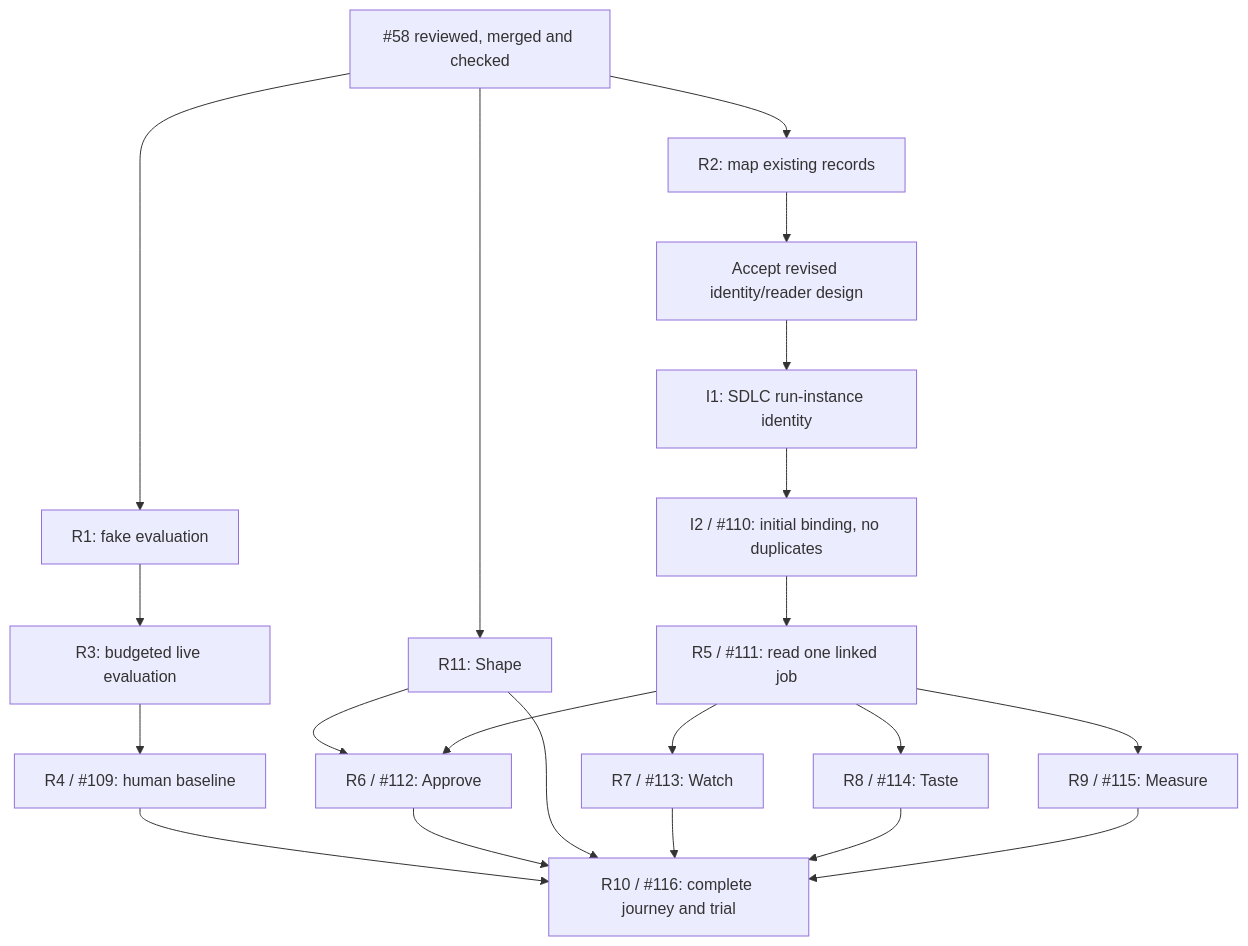
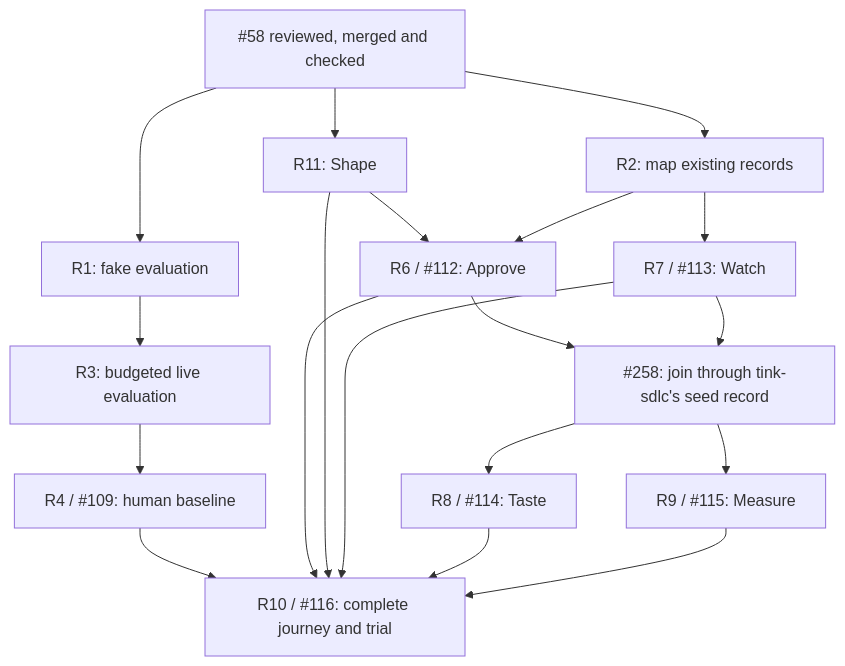
One commit to jon-devlapaz/tinkery changed the diagram in docs/design/first-release.md. Above: the diagram before and after it, drawn with Mermaid. The commit also changed other lines of this file and 1 other file, not shown here.

First line of the commit message:
Release plan: Approve and Watch no longer wait on the dropped binding

````diff
--- a/docs/design/first-release.md
+++ b/docs/design/first-release.md
@@ -59,23 +60,21 @@
 ```mermaid
 flowchart TD
     Done58["#58 reviewed, merged and checked"] --> R1["R1: fake evaluation"]
     Done58 --> R2["R2: map existing records"]
     Done58 --> R11["R11: Shape"]
     R11 --> R6
     R1 --> R3["R3: budgeted live evaluation"]
     R3 --> R4["R4 / #109: human baseline"]
-    R2 --> Design["Accept revised identity/reader design"]
-    Design --> I1["I1: SDLC run-instance identity"]
-    I1 --> I2["I2 / #110: initial binding, no duplicates"]
-    I2 --> R5["R5 / #111: read one linked job"]
-    R5 --> R6["R6 / #112: Approve"]
-    R5 --> R7["R7 / #113: Watch"]
-    R5 --> R8["R8 / #114: Taste"]
-    R5 --> R9["R9 / #115: Measure"]
+    R2 --> R6["R6 / #112: Approve"]
+    R2 --> R7["R7 / #113: Watch"]
+    R6 --> Join["#258: join through tink-sdlc's seed record"]
+    R7 --> Join
+    Join --> R8["R8 / #114: Taste"]
+    Join --> R9["R9 / #115: Measure"]
     R4 --> R10["R10 / #116: complete journey and trial"]
     R6 --> R10
     R11 --> R10
     R7 --> R10
     R8 --> R10
     R9 --> R10
 ```
````
